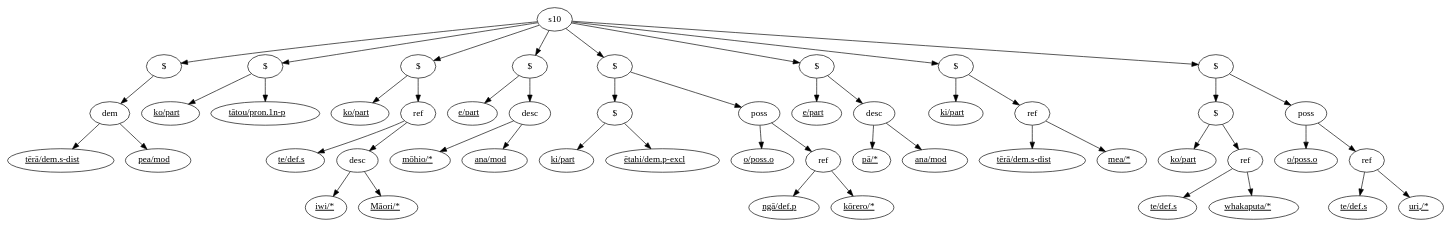
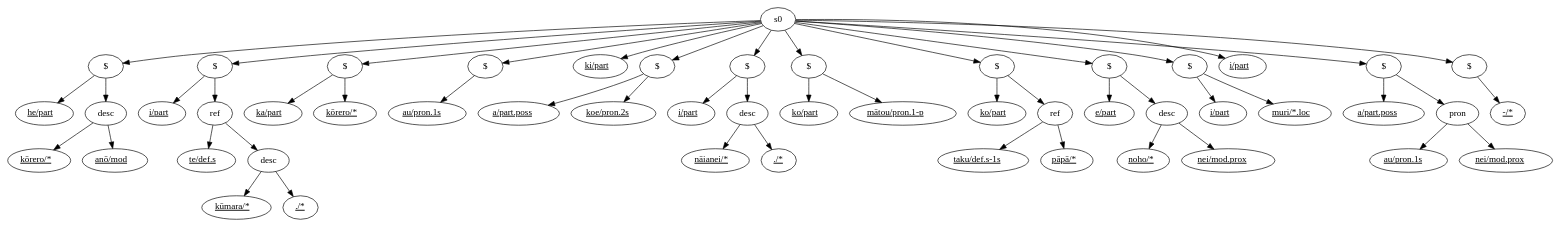
The diagram in output/graph.dot (connor-taylorbrown/trm-parser), drawn with Graphviz before and after one commit. The commit also changed 5 other files, not shown here.

```diff
--- a/output/graph.dot
+++ b/output/graph.dot
@@ -1,100 +1,102 @@
 digraph S0 {
- s10 -> n0
- s10 -> n4
- s10 -> n7
- s10 -> n14
- s10 -> n19
- s10 -> n28
- s10 -> n33
- s10 -> n38
+ s0 -> n0
+ s0 -> n5
+ s0 -> n12
+ s0 -> n15
+ s0 -> n17
+ s0 -> n18
+ s0 -> n21
+ s0 -> n26
+ s0 -> n29
+ s0 -> n34
+ s0 -> n39
+ s0 -> n42
+ s0 -> n43
+ s0 -> n48
  n0 [label="$"];
- n1 [label="dem"];
- n2 [label=<<u>tērā/dem.s-dist</u>>];
- n1 -> n2;
- n3 [label=<<u>pea/mod</u>>];
- n1 -> n3;
+ n1 [label=<<u>he/part</u>>];
  n0 -> n1;
- n4 [label="$"];
- n5 [label=<<u>ko/part</u>>];
- n4 -> n5;
- n6 [label=<<u>tātou/pron.1n-p</u>>];
- n4 -> n6;
- n7 [label="$"];
- n8 [label=<<u>ko/part</u>>];
+ n2 [label="desc"];
+ n3 [label=<<u>kōrero/*</u>>];
+ n2 -> n3;
+ n4 [label=<<u>anō/mod</u>>];
+ n2 -> n4;
+ n0 -> n2;
+ n5 [label="$"];
+ n6 [label=<<u>i/part</u>>];
+ n5 -> n6;
+ n7 [label="ref"];
+ n8 [label=<<u>te/def.s</u>>];
  n7 -> n8;
- n9 [label="ref"];
- n10 [label=<<u>te/def.s</u>>];
+ n9 [label="desc"];
+ n10 [label=<<u>kūmara/*</u>>];
  n9 -> n10;
- n11 [label="desc"];
- n12 [label=<<u>iwi/*</u>>];
- n11 -> n12;
- n13 [label=<<u>Māori/*</u>>];
- n11 -> n13;
+ n11 [label=<<u>./*</u>>];
  n9 -> n11;
  n7 -> n9;
- n14 [label="$"];
- n15 [label=<<u>e/part</u>>];
- n14 -> n15;
- n16 [label="desc"];
- n17 [label=<<u>mōhio/*</u>>];
- n16 -> n17;
- n18 [label=<<u>ana/mod</u>>];
- n16 -> n18;
- n14 -> n16;
- n19 [label="$"];
- n20 [label="$"];
- n21 [label=<<u>ki/part</u>>];
- n20 -> n21;
- n22 [label=<<u>ētahi/dem.p-excl</u>>];
- n20 -> n22;
- n19 -> n20;
- n23 [label="poss"];
- n24 [label=<<u>o/poss.o</u>>];
+ n5 -> n7;
+ n12 [label="$"];
+ n13 [label=<<u>ka/part</u>>];
+ n12 -> n13;
+ n14 [label=<<u>kōrero/*</u>>];
+ n12 -> n14;
+ n15 [label="$"];
+ n16 [label=<<u>au/pron.1s</u>>];
+ n15 -> n16;
+ n17 [label=<<u>ki/part</u>>];
+ n18 [label="$"];
+ n19 [label=<<u>a/part.poss</u>>];
+ n18 -> n19;
+ n20 [label=<<u>koe/pron.2s</u>>];
+ n18 -> n20;
+ n21 [label="$"];
+ n22 [label=<<u>i/part</u>>];
+ n21 -> n22;
+ n23 [label="desc"];
+ n24 [label=<<u>nāianei/*</u>>];
  n23 -> n24;
- n25 [label="ref"];
- n26 [label=<<u>ngā/def.p</u>>];
- n25 -> n26;
- n27 [label=<<u>kōrero/*</u>>];
- n25 -> n27;
+ n25 [label=<<u>./*</u>>];
  n23 -> n25;
- n19 -> n23;
- n28 [label="$"];
- n29 [label=<<u>e/part</u>>];
- n28 -> n29;
- n30 [label="desc"];
- n31 [label=<<u>pā/*</u>>];
- n30 -> n31;
- n32 [label=<<u>ana/mod</u>>];
- n30 -> n32;
- n28 -> n30;
- n33 [label="$"];
- n34 [label=<<u>ki/part</u>>];
- n33 -> n34;
- n35 [label="ref"];
- n36 [label=<<u>tērā/dem.s-dist</u>>];
- n35 -> n36;
- n37 [label=<<u>mea/*</u>>];
- n35 -> n37;
- n33 -> n35;
- n38 [label="$"];
+ n21 -> n23;
+ n26 [label="$"];
+ n27 [label=<<u>ko/part</u>>];
+ n26 -> n27;
+ n28 [label=<<u>mātou/pron.1-p</u>>];
+ n26 -> n28;
+ n29 [label="$"];
+ n30 [label=<<u>ko/part</u>>];
+ n29 -> n30;
+ n31 [label="ref"];
+ n32 [label=<<u>taku/def.s-1s</u>>];
+ n31 -> n32;
+ n33 [label=<<u>pāpā/*</u>>];
+ n31 -> n33;
+ n29 -> n31;
+ n34 [label="$"];
+ n35 [label=<<u>e/part</u>>];
+ n34 -> n35;
+ n36 [label="desc"];
+ n37 [label=<<u>noho/*</u>>];
+ n36 -> n37;
+ n38 [label=<<u>nei/mod.prox</u>>];
+ n36 -> n38;
+ n34 -> n36;
  n39 [label="$"];
- n40 [label=<<u>ko/part</u>>];
+ n40 [label=<<u>i/part</u>>];
  n39 -> n40;
- n41 [label="ref"];
- n42 [label=<<u>te/def.s</u>>];
- n41 -> n42;
- n43 [label=<<u>whakaputa/*</u>>];
- n41 -> n43;
+ n41 [label=<<u>muri/*.loc</u>>];
  n39 -> n41;
- n38 -> n39;
- n44 [label="poss"];
- n45 [label=<<u>o/poss.o</u>>];
- n44 -> n45;
- n46 [label="ref"];
- n47 [label=<<u>te/def.s</u>>];
- n46 -> n47;
- n48 [label=<<u>uri,/*</u>>];
- n46 -> n48;
- n44 -> n46;
- n38 -> n44;
+ n42 [label=<<u>i/part</u>>];
+ n43 [label="$"];
+ n44 [label=<<u>a/part.poss</u>>];
+ n43 -> n44;
+ n45 [label="pron"];
+ n46 [label=<<u>au/pron.1s</u>>];
+ n45 -> n46;
+ n47 [label=<<u>nei/mod.prox</u>>];
+ n45 -> n47;
+ n43 -> n45;
+ n48 [label="$"];
+ n49 [label=<<u>-/*</u>>];
+ n48 -> n49;
 }
```
